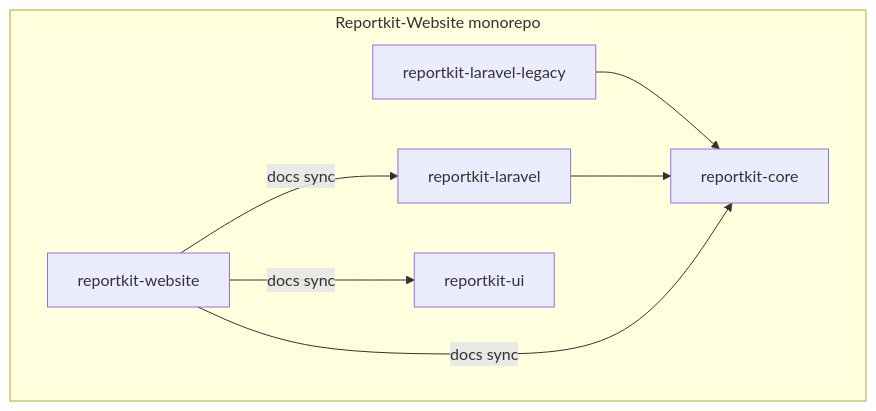
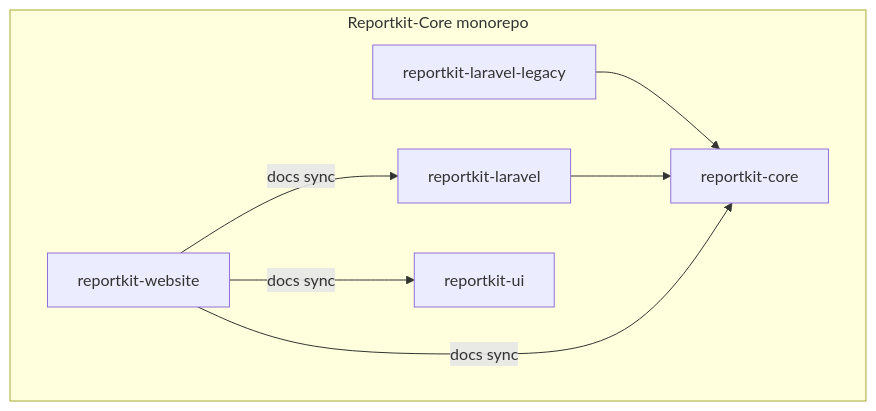
Before and after one commit to Maijied/Reportkit-Core: the diagram in README.md, drawn with Mermaid. The commit also changed other lines of this file and 13 other files, not shown here.

First line of the commit message:
chore: canonical monorepo home is Maijied/Reportkit-Core

````diff
--- a/README.md
+++ b/README.md
@@ -22,15 +22,15 @@
 ```mermaid
 graph TB
-  subgraph mono ["Reportkit-Website monorepo"]
+  subgraph mono ["Reportkit-Core monorepo"]
     C["reportkit-core"]
     LL["reportkit-laravel-legacy"]
     L["reportkit-laravel"]
     U["reportkit-ui"]
     W["reportkit-website"]
   end
   LL --> C
   L --> C
   W -->|docs sync| C
   W -->|docs sync| L
   W -->|docs sync| U
 ```
````
